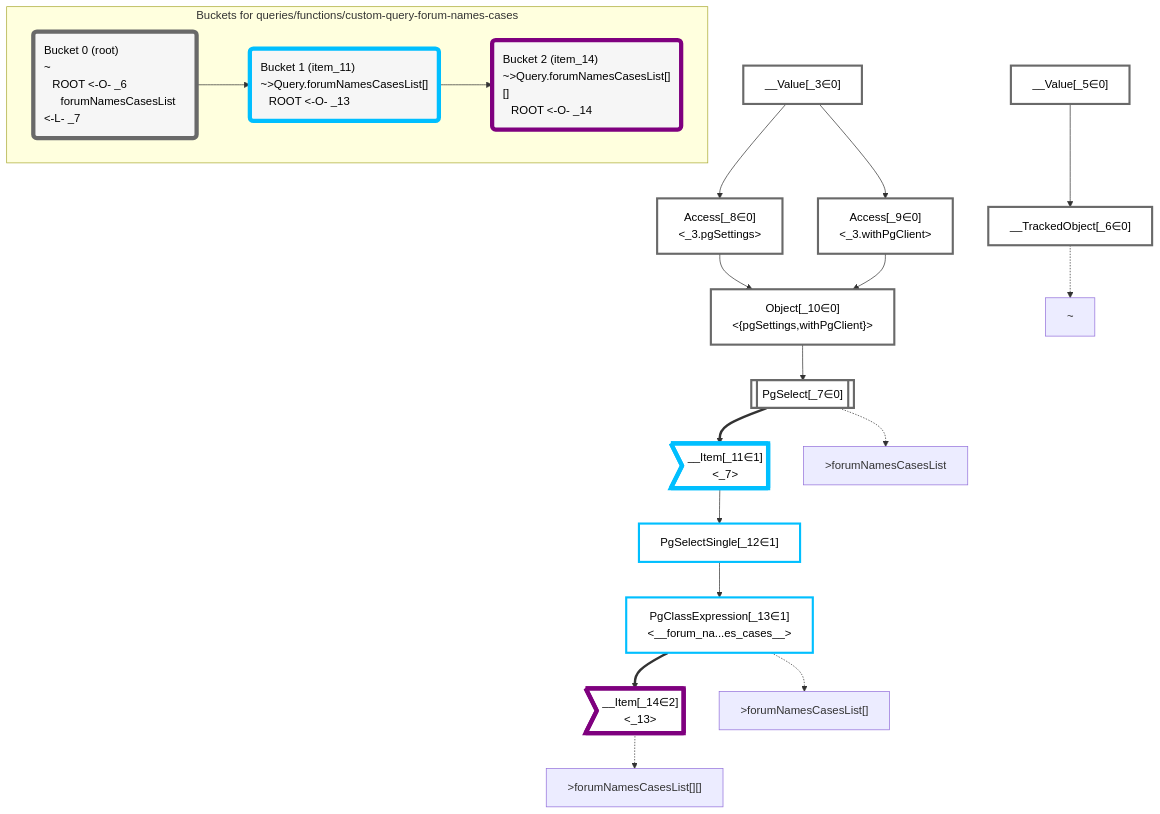
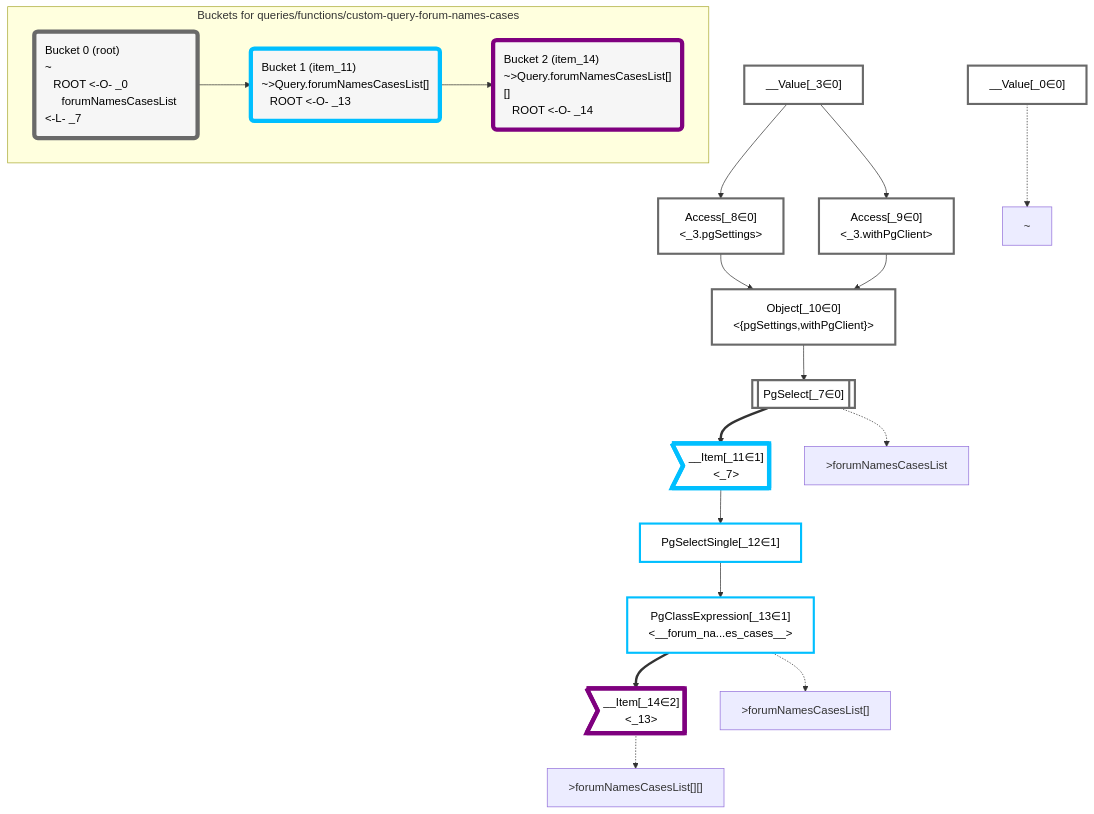
Before and after one commit to graphile/crystal: the diagram in packages/dataplan-pg/__tests__/queries/functions/custom-query-forum-names-cases.deopt.mermaid.md, drawn with Mermaid. The commit also changed 193 other files, not shown here.

Commit message:
Update test plan snapshots with new root plan

````diff
--- a/packages/dataplan-pg/__tests__/queries/functions/custom-query-forum-names-cases.deopt.mermaid.md
+++ b/packages/dataplan-pg/__tests__/queries/functions/custom-query-forum-names-cases.deopt.mermaid.md
@@ -1,63 +1,61 @@
 ```mermaid
 graph TD
     classDef path fill:#eee,stroke:#000,color:#000
     classDef plan fill:#fff,stroke-width:3px,color:#000
     classDef itemplan fill:#fff,stroke-width:6px,color:#000
     classDef sideeffectplan fill:#f00,stroke-width:6px,color:#000
     classDef bucket fill:#f6f6f6,color:#000,stroke-width:6px,text-align:left
 
 
     %% define plans
+    __Value_0["__Value[_0∈0]"]:::plan
     __Value_3["__Value[_3∈0]<br /><context>"]:::plan
-    __Value_5["__Value[_5∈0]<br /><rootValue>"]:::plan
-    __TrackedObject_6["__TrackedObject[_6∈0]"]:::plan
     PgSelect_7[["PgSelect[_7∈0]<br /><forum_names_cases>"]]:::plan
     Access_8["Access[_8∈0]<br /><_3.pgSettings>"]:::plan
     Access_9["Access[_9∈0]<br /><_3.withPgClient>"]:::plan
     Object_10["Object[_10∈0]<br /><{pgSettings,withPgClient}>"]:::plan
     __Item_11>"__Item[_11∈1]<br /><_7>"]:::itemplan
     PgSelectSingle_12["PgSelectSingle[_12∈1]<br /><forum_names_cases>"]:::plan
     PgClassExpression_13["PgClassExpression[_13∈1]<br /><__forum_na...es_cases__>"]:::plan
     __Item_14>"__Item[_14∈2]<br /><_13>"]:::itemplan
 
     %% plan dependencies
-    __Value_5 --> __TrackedObject_6
     Object_10 --> PgSelect_7
     __Value_3 --> Access_8
     __Value_3 --> Access_9
     Access_8 --> Object_10
     Access_9 --> Object_10
     PgSelect_7 ==> __Item_11
     __Item_11 --> PgSelectSingle_12
     PgSelectSingle_12 --> PgClassExpression_13
     PgClassExpression_13 ==> __Item_14
 
     %% plan-to-path relationships
-    P_6["~"]
-    __TrackedObject_6 -.-> P_6
+    P_0["~"]
+    __Value_0 -.-> P_0
     P_7[">forumNamesCasesList"]
     PgSelect_7 -.-> P_7
     P_13[">forumNamesCasesList[]"]
     PgClassExpression_13 -.-> P_13
     P_14[">forumNamesCasesList[][]"]
     __Item_14 -.-> P_14
 
     %% allocate buckets
     classDef bucket0 stroke:#696969
-    class __Value_3,__Value_5,__TrackedObject_6,PgSelect_7,Access_8,Access_9,Object_10 bucket0
+    class __Value_0,__Value_3,PgSelect_7,Access_8,Access_9,Object_10 bucket0
     classDef bucket1 stroke:#00bfff
     class __Item_11,PgSelectSingle_12,PgClassExpression_13 bucket1
     classDef bucket2 stroke:#7f007f
     class __Item_14 bucket2
 
     subgraph "Buckets for queries/functions/custom-query-forum-names-cases"
-    Bucket0("Bucket 0 (root)<br />~<br />⠀ROOT <-O- _6<br />⠀⠀forumNamesCasesList <-L- _7"):::bucket
+    Bucket0("Bucket 0 (root)<br />~<br />⠀ROOT <-O- _0<br />⠀⠀forumNamesCasesList <-L- _7"):::bucket
     style Bucket0 stroke:#696969
     Bucket1("Bucket 1 (item_11)<br />~>Query.forumNamesCasesList[]<br />⠀ROOT <-O- _13"):::bucket
     style Bucket1 stroke:#00bfff
     Bucket0 --> Bucket1
     Bucket2("Bucket 2 (item_14)<br />~>Query.forumNamesCasesList[][]<br />⠀ROOT <-O- _14"):::bucket
     style Bucket2 stroke:#7f007f
     Bucket1 --> Bucket2
     end
 ```
````
